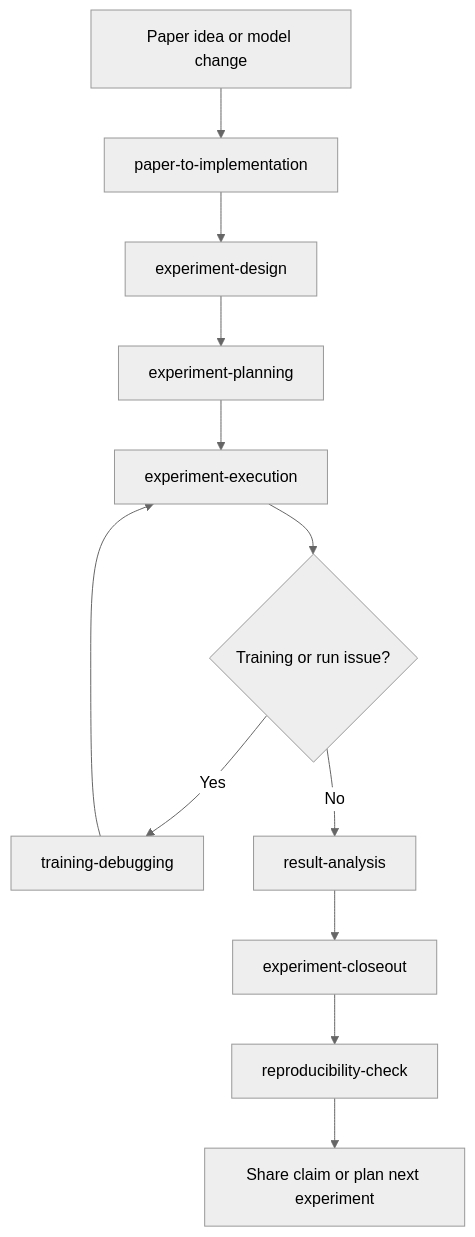
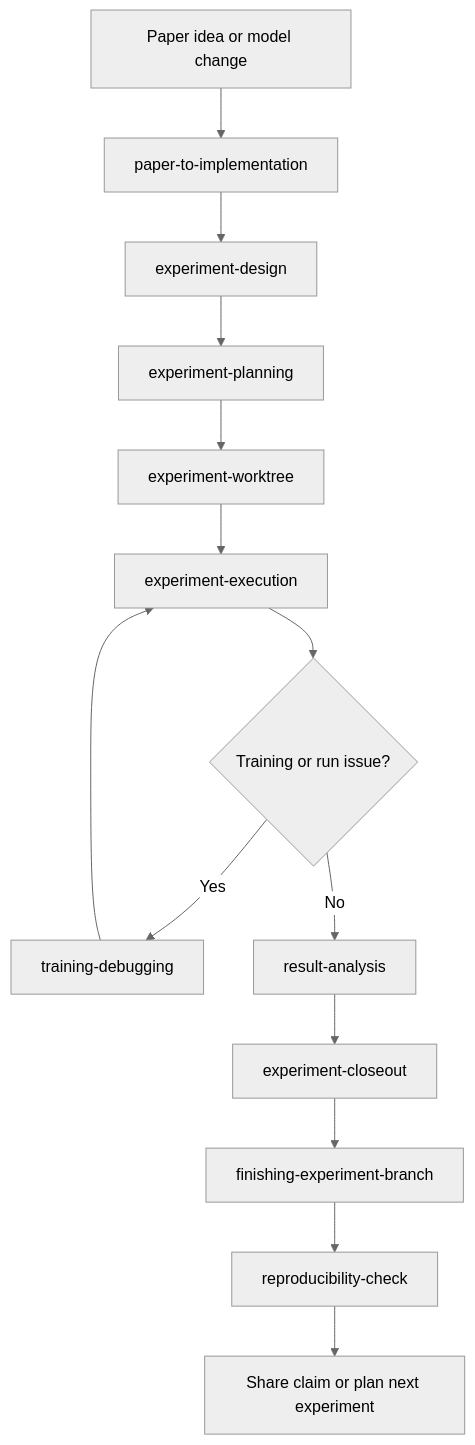
Before and after one commit to ShunyangLiu/superpowers_DL: the diagram in README.md, drawn with Mermaid (neutral theme). The commit also changed other lines of this file and 8 other files, not shown here.

First line of the commit message:
feat: add git worktree isolation for experiment workflow

````diff
--- a/README.md
+++ b/README.md
@@ -43,14 +43,16 @@
 ```mermaid
 flowchart TD
   A[Paper idea or model change] --> B[paper-to-implementation]
   B --> C[experiment-design]
   C --> D[experiment-planning]
-  D --> E[experiment-execution]
-  E --> F{Training or run issue?}
-  F -- Yes --> G[training-debugging]
-  G --> E
-  F -- No --> H[result-analysis]
-  H --> I[experiment-closeout]
-  I --> J[reproducibility-check]
-  J --> K[Share claim or plan next experiment]
+  D --> E[experiment-worktree]
+  E --> F[experiment-execution]
+  F --> G{Training or run issue?}
+  G -- Yes --> H[training-debugging]
+  H --> F
+  G -- No --> I[result-analysis]
+  I --> J[experiment-closeout]
+  J --> K[finishing-experiment-branch]
+  K --> L[reproducibility-check]
+  L --> M[Share claim or plan next experiment]
 ```
````
